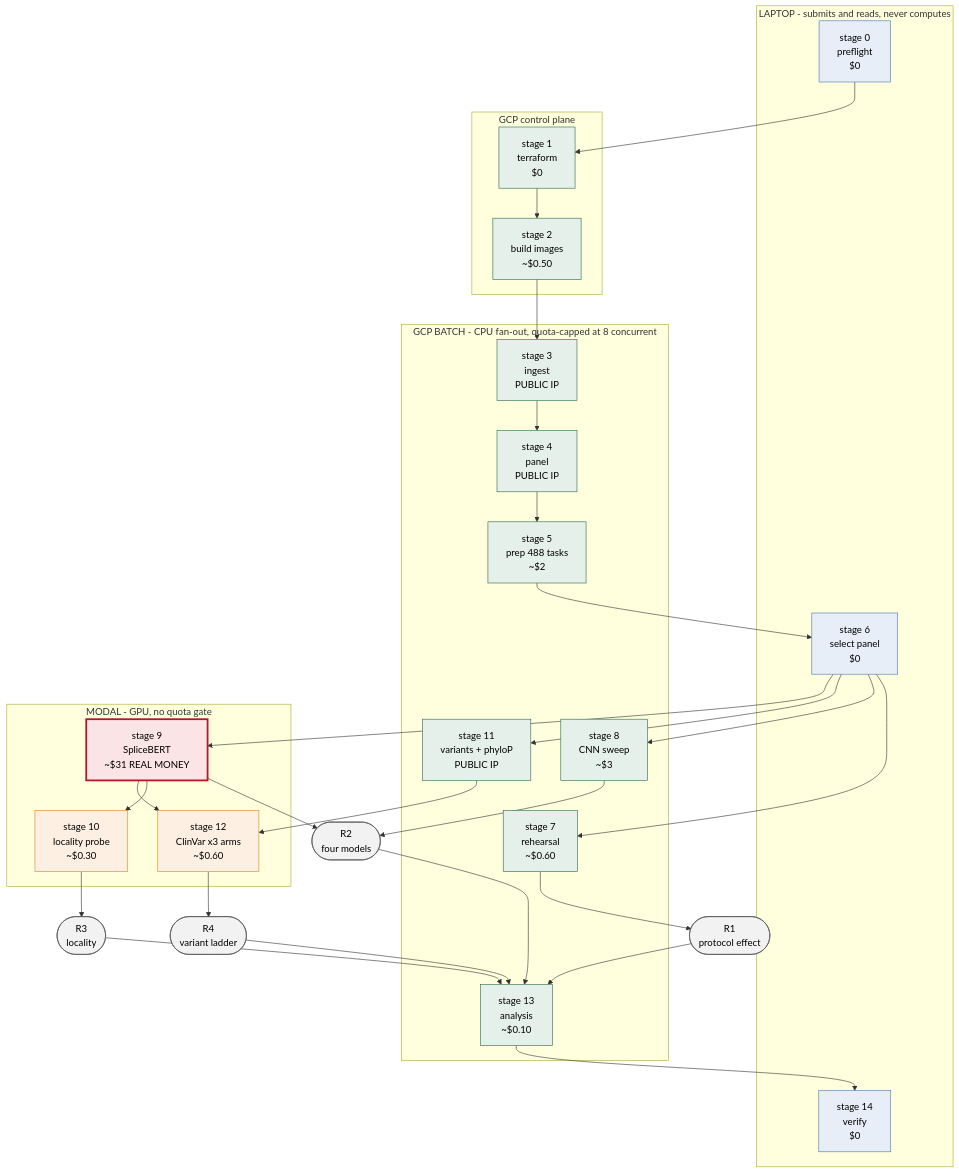
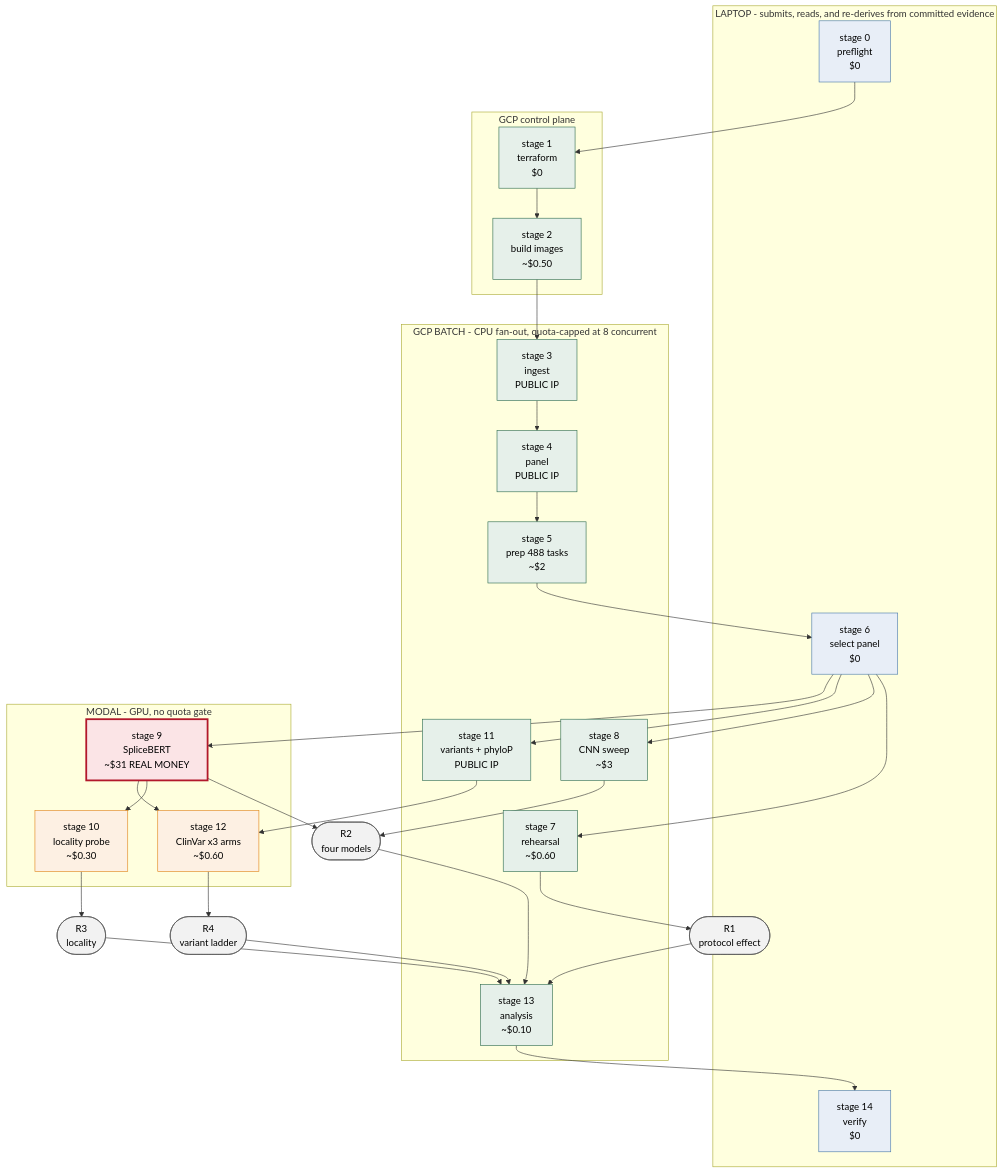
The first of 8 diagrams in docs/architecture.md (NirmalKumar31/rbp-protocol-calibration), drawn with Mermaid before and after one commit. The commit also changed 4 other files, not shown here.

````diff
--- a/docs/architecture.md
+++ b/docs/architecture.md
@@ -13,60 +13,60 @@
 ```mermaid
 flowchart TD
-    subgraph LOCAL["LAPTOP - submits and reads, never computes"]
+    subgraph LOCAL["LAPTOP - submits, reads, and re-derives from committed evidence"]
         S0["stage 0<br/>preflight<br/>$0"]
         S6["stage 6<br/>select panel<br/>$0"]
         S14["stage 14<br/>verify<br/>$0"]
     end
 
     subgraph GCPCTL["GCP control plane"]
         S1["stage 1<br/>terraform<br/>$0"]
         S2["stage 2<br/>build images<br/>~$0.50"]
     end
 
     subgraph BATCH["GCP BATCH - CPU fan-out, quota-capped at 8 concurrent"]
         S3["stage 3<br/>ingest<br/>PUBLIC IP"]
         S4["stage 4<br/>panel<br/>PUBLIC IP"]
         S5["stage 5<br/>prep 488 tasks<br/>~$2"]
         S7["stage 7<br/>rehearsal<br/>~$0.60"]
         S8["stage 8<br/>CNN sweep<br/>~$3"]
         S11["stage 11<br/>variants + phyloP<br/>PUBLIC IP"]
         S13["stage 13<br/>analysis<br/>~$0.10"]
     end
 
     subgraph MODAL["MODAL - GPU, no quota gate"]
         S9["stage 9<br/>SpliceBERT<br/>~$31 REAL MONEY"]
         S10["stage 10<br/>locality probe<br/>~$0.30"]
         S12["stage 12<br/>ClinVar x3 arms<br/>~$0.60"]
     end
 
     R1(["R1<br/>protocol effect"])
     R2(["R2<br/>four models"])
     R3(["R3<br/>locality"])
     R4(["R4<br/>variant ladder"])
 
     S0 --> S1 --> S2 --> S3 --> S4 --> S5 --> S6
     S6 --> S7 --> R1
     S6 --> S8 --> R2
     S6 --> S11
     S6 --> S9 --> R2
     S9 --> S10 --> R3
     S9 --> S12
     S11 --> S12 --> R4
     R1 --> S13
     R2 --> S13
     R3 --> S13
     R4 --> S13
     S13 --> S14
 
     classDef local fill:#e8eef7,stroke:#4878a8,color:#000
     classDef gcp fill:#e6f0ea,stroke:#2b6a4d,color:#000
     classDef modal fill:#fdf0e3,stroke:#e08214,color:#000
     classDef money fill:#fbe4e6,stroke:#b2182b,color:#000,stroke-width:3px
     classDef result fill:#f2f2f2,stroke:#555,color:#000
 
     class S0,S6,S14 local
     class S1,S2,S3,S4,S5,S7,S8,S11,S13 gcp
     class S10,S12 modal
     class S9 money
     class R1,R2,R3,R4 result
 ```
````
